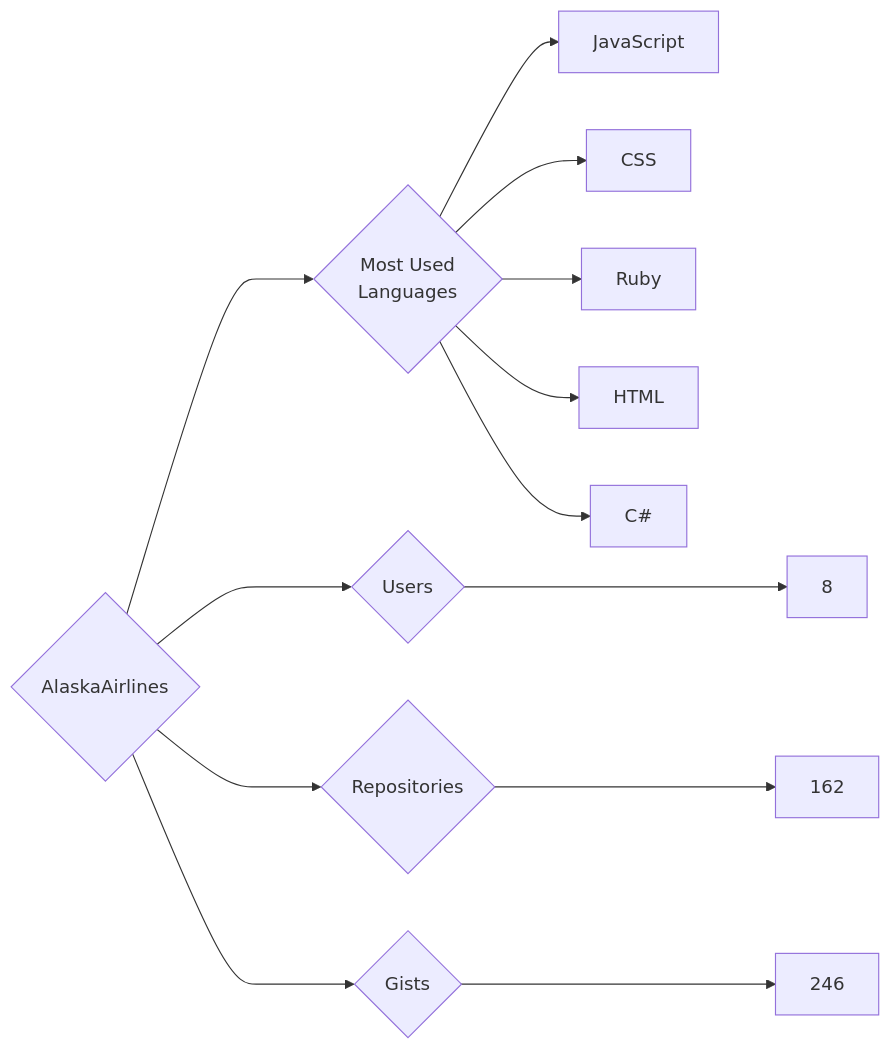
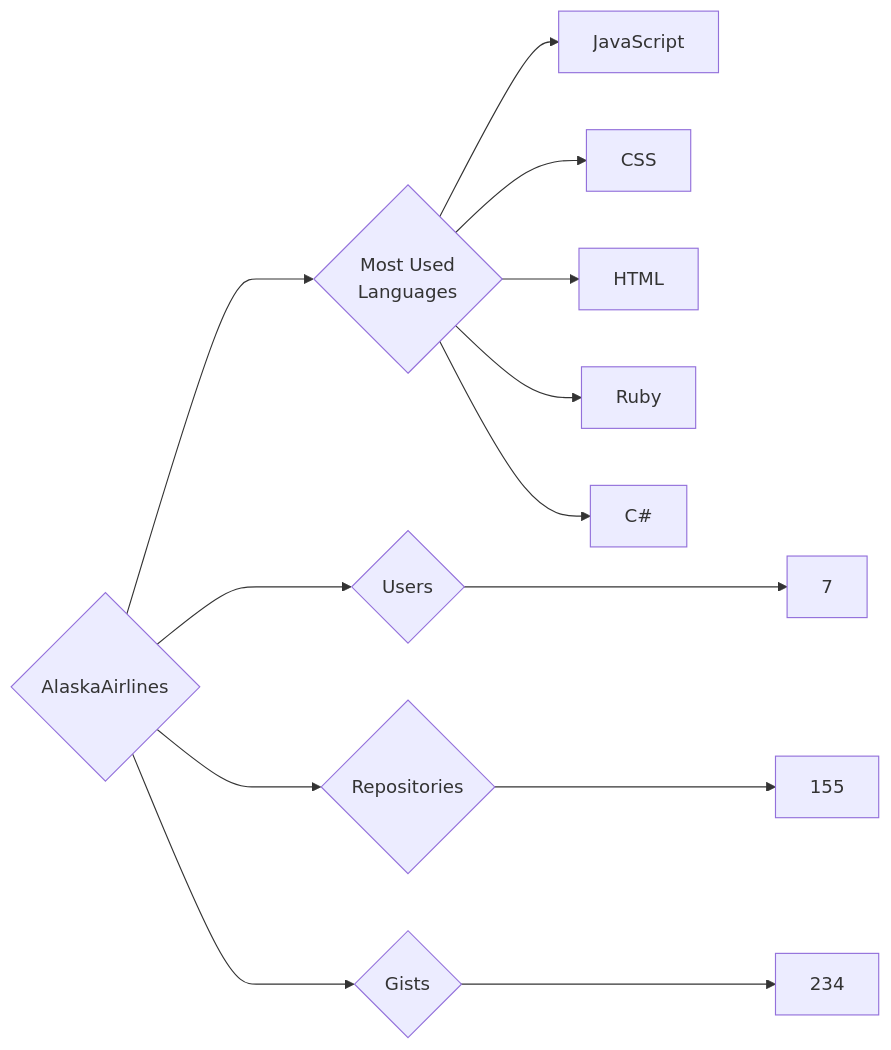
Before and after one commit to trickest/insiders: the diagram in targets/AlaskaAirlines/README.md, drawn with Mermaid. The commit also changed 837 other files, not shown here.

````diff
--- a/targets/AlaskaAirlines/README.md
+++ b/targets/AlaskaAirlines/README.md
@@ -3,13 +3,13 @@
 ```mermaid
 graph LR
 COMPANY_NAME{AlaskaAirlines}
-COMPANY_NAME ---> U{Users} ---> UN[8]
-COMPANY_NAME ---> R{Repositories} ---> RN[162]
-COMPANY_NAME ---> G{Gists} ---> GN[246]
+COMPANY_NAME ---> U{Users} ---> UN[7]
+COMPANY_NAME ---> R{Repositories} ---> RN[155]
+COMPANY_NAME ---> G{Gists} ---> GN[234]
 COMPANY_NAME ---> ML{Most Used<br>Languages}
 ML --> JavaScript[JavaScript]
 ML --> CSS[CSS]
+ML --> HTML[HTML]
 ML --> Ruby[Ruby]
-ML --> HTML[HTML]
 ML --> C#[C#]
 ```
````
